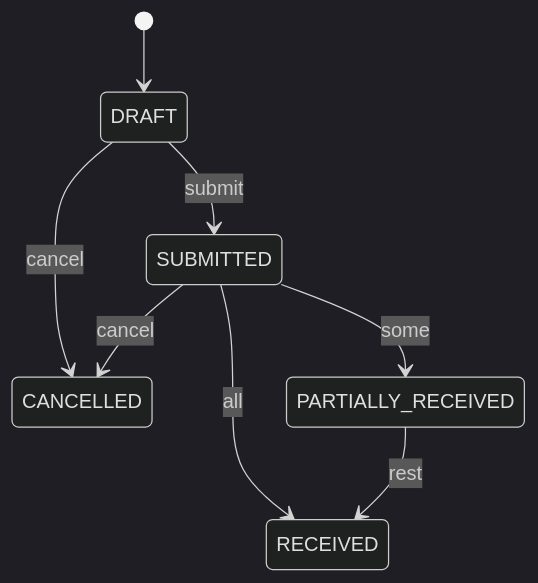
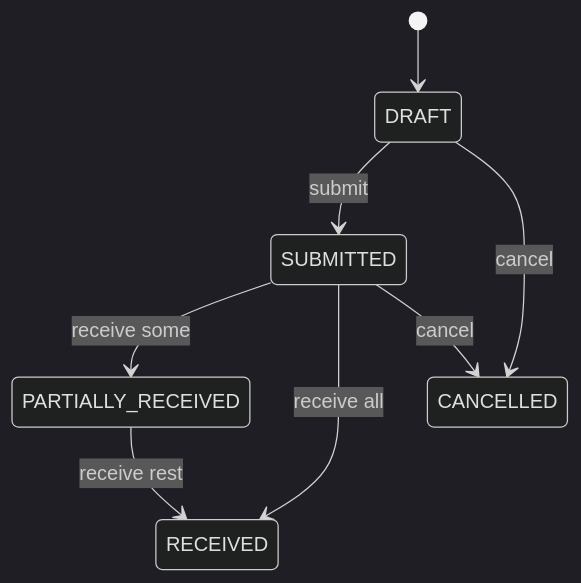
One commit to slawekradzyminski/awesome-localstack changed the first of 2 diagrams in docs-site/docs/flows/purchasing.md. Above: the diagram before and after it, drawn with Mermaid (dark theme). The commit also changed other lines of this file and 19 other files, not shown here.

First line of the commit message:
Review every wiki diagram by eye and redraw the unclear ones

````diff
--- a/docs-site/docs/flows/purchasing.md
+++ b/docs-site/docs/flows/purchasing.md
@@ -22,10 +22,10 @@
 ```mermaid
 stateDiagram-v2
     [*] --> DRAFT
     DRAFT --> SUBMITTED: submit
+    SUBMITTED --> PARTIALLY_RECEIVED: receive some
+    PARTIALLY_RECEIVED --> RECEIVED: receive rest
+    SUBMITTED --> RECEIVED: receive all
     DRAFT --> CANCELLED: cancel
     SUBMITTED --> CANCELLED: cancel
-    SUBMITTED --> PARTIALLY_RECEIVED: some
-    SUBMITTED --> RECEIVED: all
-    PARTIALLY_RECEIVED --> RECEIVED: rest
 ```
````
